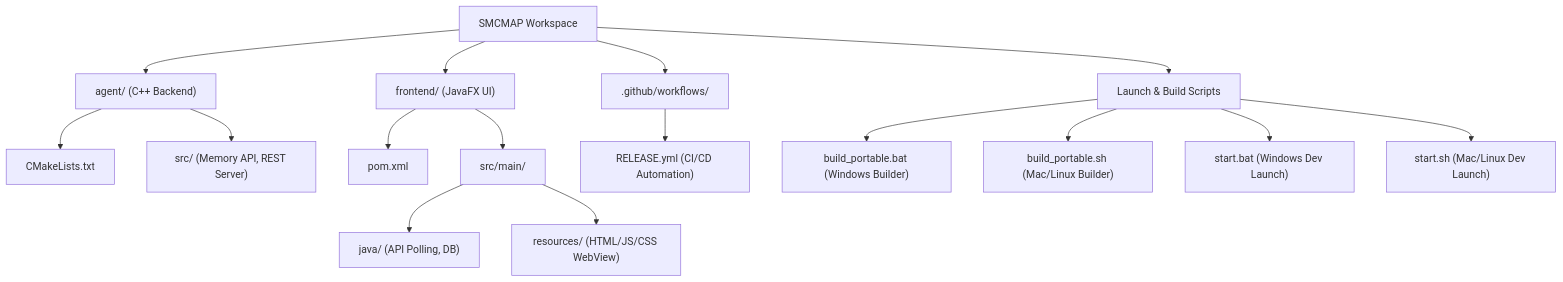
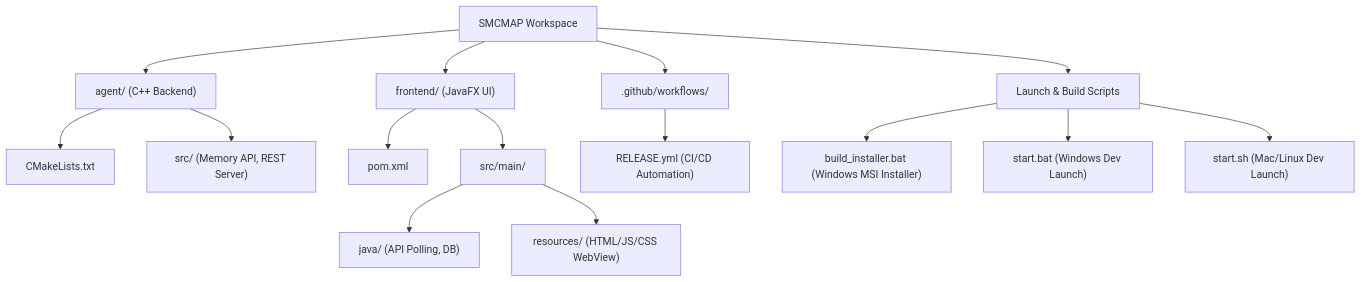
Before and after one commit to dev-harshhh19/SMCMAP: the diagram in README.md, drawn with Mermaid. The commit also changed other lines of this file and 3 other files, not shown here.

Commit message:
feat: Implement automated Windows MSI installer build and release workflow, replacing the cross-platform portable build script.

````diff
--- a/README.md
+++ b/README.md
@@ -28,23 +28,22 @@
 ```mermaid
 graph TD;
     Root["SMCMAP Workspace"] --> Agent["agent/ (C++ Backend)"]
     Root --> Frontend["frontend/ (JavaFX UI)"]
     Root --> Github[".github/workflows/"]
     Root --> Scripts["Launch & Build Scripts"]
     
     Agent --> AgentConfig["CMakeLists.txt"]
     Agent --> AgentSrc["src/ (Memory API, REST Server)"]
     
     Frontend --> Pom["pom.xml"]
     Frontend --> FrontendSrc["src/main/"]
     
     FrontendSrc --> Java["java/ (API Polling, DB)"]
     FrontendSrc --> Resources["resources/ (HTML/JS/CSS WebView)"]
     
     Github --> Release["RELEASE.yml (CI/CD Automation)"]
     
-    Scripts --> BuildBat["build_portable.bat (Windows Builder)"]
-    Scripts --> BuildSh["build_portable.sh (Mac/Linux Builder)"]
+    Scripts --> BuildBat["build_installer.bat (Windows MSI Installer)"]
     Scripts --> StartBat["start.bat (Windows Dev Launch)"]
     Scripts --> StartSh["start.sh (Mac/Linux Dev Launch)"]
 ```
````
